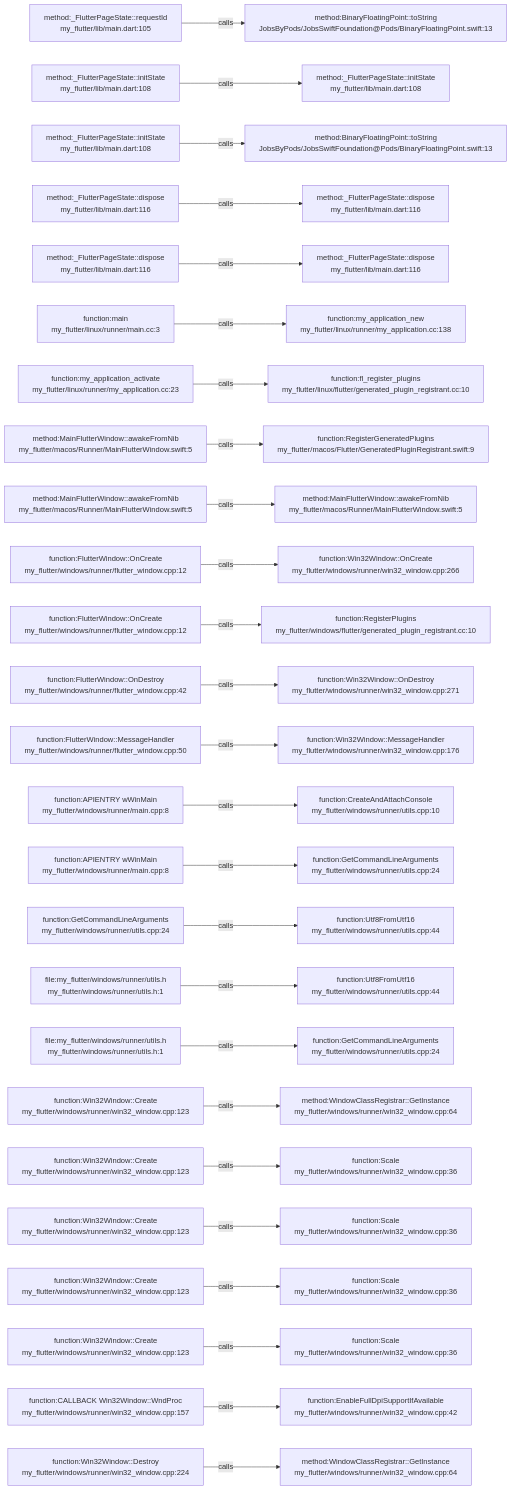
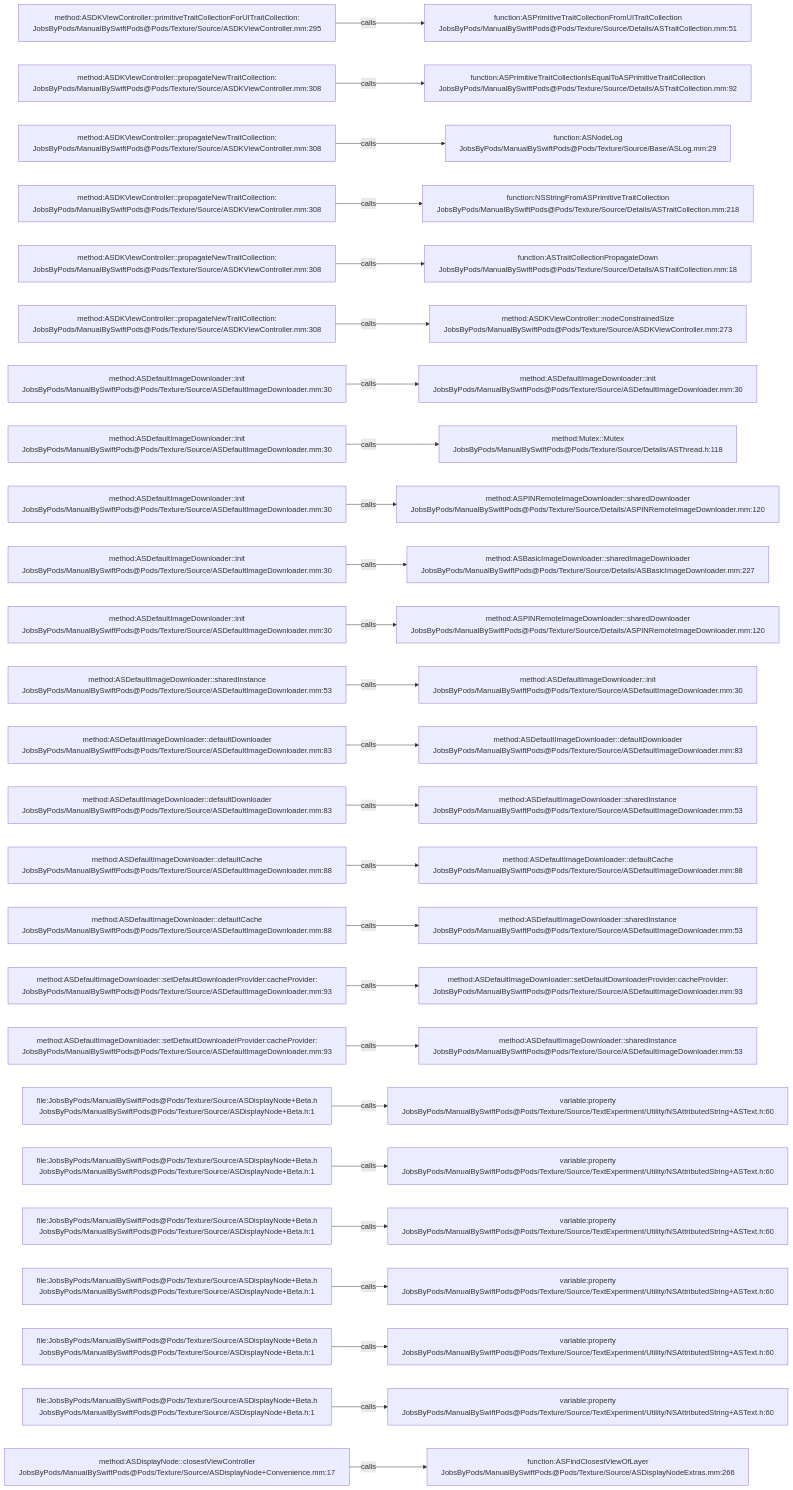
One commit to JobsKits/JobsSwiftBaseConfigDemo changed the diagram in .codegraph/codegraph.md/graphs/calls-020.md. Above: the diagram before and after it, drawn with Mermaid. The commit also changed 832 other files, not shown here.

````diff
--- a/.codegraph/codegraph.md/graphs/calls-020.md
+++ b/.codegraph/codegraph.md/graphs/calls-020.md
@@ -13,78 +13,78 @@
 ```mermaid
 flowchart LR
-  S1["method:_FlutterPageState::requestId<br/>my_flutter/lib/main.dart:105"]
-  T1["method:BinaryFloatingPoint::toString<br/>JobsByPods/JobsSwiftFoundation@Pods/BinaryFloatingPoint.swift:13"]
+  S1["method:ASDKViewController::primitiveTraitCollectionForUITraitCollection:<br/>JobsByPods/ManualBySwiftPods@Pods/Texture/Source/ASDKViewController.mm:295"]
+  T1["function:ASPrimitiveTraitCollectionFromUITraitCollection<br/>JobsByPods/ManualBySwiftPods@Pods/Texture/Source/Details/ASTraitCollection.mm:51"]
   S1 -->|calls| T1
-  S2["method:_FlutterPageState::initState<br/>my_flutter/lib/main.dart:108"]
-  T2["method:_FlutterPageState::initState<br/>my_flutter/lib/main.dart:108"]
+  S2["method:ASDKViewController::propagateNewTraitCollection:<br/>JobsByPods/ManualBySwiftPods@Pods/Texture/Source/ASDKViewController.mm:308"]
+  T2["function:ASPrimitiveTraitCollectionIsEqualToASPrimitiveTraitCollection<br/>JobsByPods/ManualBySwiftPods@Pods/Texture/Source/Details/ASTraitCollection.mm:92"]
   S2 -->|calls| T2
-  S3["method:_FlutterPageState::initState<br/>my_flutter/lib/main.dart:108"]
-  T3["method:BinaryFloatingPoint::toString<br/>JobsByPods/JobsSwiftFoundation@Pods/BinaryFloatingPoint.swift:13"]
+  S3["method:ASDKViewController::propagateNewTraitCollection:<br/>JobsByPods/ManualBySwiftPods@Pods/Texture/Source/ASDKViewController.mm:308"]
+  T3["function:ASNodeLog<br/>JobsByPods/ManualBySwiftPods@Pods/Texture/Source/Base/ASLog.mm:29"]
   S3 -->|calls| T3
-  S4["method:_FlutterPageState::dispose<br/>my_flutter/lib/main.dart:116"]
-  T4["method:_FlutterPageState::dispose<br/>my_flutter/lib/main.dart:116"]
+  S4["method:ASDKViewController::propagateNewTraitCollection:<br/>JobsByPods/ManualBySwiftPods@Pods/Texture/Source/ASDKViewController.mm:308"]
+  T4["function:NSStringFromASPrimitiveTraitCollection<br/>JobsByPods/ManualBySwiftPods@Pods/Texture/Source/Details/ASTraitCollection.mm:218"]
   S4 -->|calls| T4
-  S5["method:_FlutterPageState::dispose<br/>my_flutter/lib/main.dart:116"]
-  T5["method:_FlutterPageState::dispose<br/>my_flutter/lib/main.dart:116"]
+  S5["method:ASDKViewController::propagateNewTraitCollection:<br/>JobsByPods/ManualBySwiftPods@Pods/Texture/Source/ASDKViewController.mm:308"]
+  T5["function:ASTraitCollectionPropagateDown<br/>JobsByPods/ManualBySwiftPods@Pods/Texture/Source/Details/ASTraitCollection.mm:18"]
   S5 -->|calls| T5
-  S6["function:main<br/>my_flutter/linux/runner/main.cc:3"]
-  T6["function:my_application_new<br/>my_flutter/linux/runner/my_application.cc:138"]
+  S6["method:ASDKViewController::propagateNewTraitCollection:<br/>JobsByPods/ManualBySwiftPods@Pods/Texture/Source/ASDKViewController.mm:308"]
+  T6["method:ASDKViewController::nodeConstrainedSize<br/>JobsByPods/ManualBySwiftPods@Pods/Texture/Source/ASDKViewController.mm:273"]
   S6 -->|calls| T6
-  S7["function:my_application_activate<br/>my_flutter/linux/runner/my_application.cc:23"]
-  T7["function:fl_register_plugins<br/>my_flutter/linux/flutter/generated_plugin_registrant.cc:10"]
+  S7["method:ASDefaultImageDownloader::init<br/>JobsByPods/ManualBySwiftPods@Pods/Texture/Source/ASDefaultImageDownloader.mm:30"]
+  T7["method:ASDefaultImageDownloader::init<br/>JobsByPods/ManualBySwiftPods@Pods/Texture/Source/ASDefaultImageDownloader.mm:30"]
   S7 -->|calls| T7
-  S8["method:MainFlutterWindow::awakeFromNib<br/>my_flutter/macos/Runner/MainFlutterWindow.swift:5"]
-  T8["function:RegisterGeneratedPlugins<br/>my_flutter/macos/Flutter/GeneratedPluginRegistrant.swift:9"]
+  S8["method:ASDefaultImageDownloader::init<br/>JobsByPods/ManualBySwiftPods@Pods/Texture/Source/ASDefaultImageDownloader.mm:30"]
+  T8["method:Mutex::Mutex<br/>JobsByPods/ManualBySwiftPods@Pods/Texture/Source/Details/ASThread.h:118"]
   S8 -->|calls| T8
-  S9["method:MainFlutterWindow::awakeFromNib<br/>my_flutter/macos/Runner/MainFlutterWindow.swift:5"]
-  T9["method:MainFlutterWindow::awakeFromNib<br/>my_flutter/macos/Runner/MainFlutterWindow.swift:5"]
+  S9["method:ASDefaultImageDownloader::init<br/>JobsByPods/ManualBySwiftPods@Pods/Texture/Source/ASDefaultImageDownloader.mm:30"]
+  T9["method:ASPINRemoteImageDownloader::sharedDownloader<br/>JobsByPods/ManualBySwiftPods@Pods/Texture/Source/Details/ASPINRemoteImageDownloader.mm:120"]
   S9 -->|calls| T9
-  S10["function:FlutterWindow::OnCreate<br/>my_flutter/windows/runner/flutter_window.cpp:12"]
-  T10["function:Win32Window::OnCreate<br/>my_flutter/windows/runner/win32_window.cpp:266"]
+  S10["method:ASDefaultImageDownloader::init<br/>JobsByPods/ManualBySwiftPods@Pods/Texture/Source/ASDefaultImageDownloader.mm:30"]
+  T10["method:ASBasicImageDownloader::sharedImageDownloader<br/>JobsByPods/ManualBySwiftPods@Pods/Texture/Source/Details/ASBasicImageDownloader.mm:227"]
   S10 -->|calls| T10
-  S11["function:FlutterWindow::OnCreate<br/>my_flutter/windows/runner/flutter_window.cpp:12"]
-  T11["function:RegisterPlugins<br/>my_flutter/windows/flutter/generated_plugin_registrant.cc:10"]
+  S11["method:ASDefaultImageDownloader::init<br/>JobsByPods/ManualBySwiftPods@Pods/Texture/Source/ASDefaultImageDownloader.mm:30"]
+  T11["method:ASPINRemoteImageDownloader::sharedDownloader<br/>JobsByPods/ManualBySwiftPods@Pods/Texture/Source/Details/ASPINRemoteImageDownloader.mm:120"]
   S11 -->|calls| T11
-  S12["function:FlutterWindow::OnDestroy<br/>my_flutter/windows/runner/flutter_window.cpp:42"]
-  T12["function:Win32Window::OnDestroy<br/>my_flutter/windows/runner/win32_window.cpp:271"]
+  S12["method:ASDefaultImageDownloader::sharedInstance<br/>JobsByPods/ManualBySwiftPods@Pods/Texture/Source/ASDefaultImageDownloader.mm:53"]
+  T12["method:ASDefaultImageDownloader::init<br/>JobsByPods/ManualBySwiftPods@Pods/Texture/Source/ASDefaultImageDownloader.mm:30"]
   S12 -->|calls| T12
-  S13["function:FlutterWindow::MessageHandler<br/>my_flutter/windows/runner/flutter_window.cpp:50"]
-  T13["function:Win32Window::MessageHandler<br/>my_flutter/windows/runner/win32_window.cpp:176"]
+  S13["method:ASDefaultImageDownloader::defaultDownloader<br/>JobsByPods/ManualBySwiftPods@Pods/Texture/Source/ASDefaultImageDownloader.mm:83"]
+  T13["method:ASDefaultImageDownloader::defaultDownloader<br/>JobsByPods/ManualBySwiftPods@Pods/Texture/Source/ASDefaultImageDownloader.mm:83"]
   S13 -->|calls| T13
-  S14["function:APIENTRY wWinMain<br/>my_flutter/windows/runner/main.cpp:8"]
-  T14["function:CreateAndAttachConsole<br/>my_flutter/windows/runner/utils.cpp:10"]
+  S14["method:ASDefaultImageDownloader::defaultDownloader<br/>JobsByPods/ManualBySwiftPods@Pods/Texture/Source/ASDefaultImageDownloader.mm:83"]
+  T14["method:ASDefaultImageDownloader::sharedInstance<br/>JobsByPods/ManualBySwiftPods@Pods/Texture/Source/ASDefaultImageDownloader.mm:53"]
   S14 -->|calls| T14
-  S15["function:APIENTRY wWinMain<br/>my_flutter/windows/runner/main.cpp:8"]
-  T15["function:GetCommandLineArguments<br/>my_flutter/windows/runner/utils.cpp:24"]
+  S15["method:ASDefaultImageDownloader::defaultCache<br/>JobsByPods/ManualBySwiftPods@Pods/Texture/Source/ASDefaultImageDownloader.mm:88"]
+  T15["method:ASDefaultImageDownloader::defaultCache<br/>JobsByPods/ManualBySwiftPods@Pods/Texture/Source/ASDefaultImageDownloader.mm:88"]
   S15 -->|calls| T15
-  S16["function:GetCommandLineArguments<br/>my_flutter/windows/runner/utils.cpp:24"]
-  T16["function:Utf8FromUtf16<br/>my_flutter/windows/runner/utils.cpp:44"]
+  S16["method:ASDefaultImageDownloader::defaultCache<br/>JobsByPods/ManualBySwiftPods@Pods/Texture/Source/ASDefaultImageDownloader.mm:88"]
+  T16["method:ASDefaultImageDownloader::sharedInstance<br/>JobsByPods/ManualBySwiftPods@Pods/Texture/Source/ASDefaultImageDownloader.mm:53"]
   S16 -->|calls| T16
-  S17["file:my_flutter/windows/runner/utils.h<br/>my_flutter/windows/runner/utils.h:1"]
-  T17["function:Utf8FromUtf16<br/>my_flutter/windows/runner/utils.cpp:44"]
+  S17["method:ASDefaultImageDownloader::setDefaultDownloaderProvider:cacheProvider:<br/>JobsByPods/ManualBySwiftPods@Pods/Texture/Source/ASDefaultImageDownloader.mm:93"]
+  T17["method:ASDefaultImageDownloader::setDefaultDownloaderProvider:cacheProvider:<br/>JobsByPods/ManualBySwiftPods@Pods/Texture/Source/ASDefaultImageDownloader.mm:93"]
   S17 -->|calls| T17
-  S18["file:my_flutter/windows/runner/utils.h<br/>my_flutter/windows/runner/utils.h:1"]
-  T18["function:GetCommandLineArguments<br/>my_flutter/windows/runner/utils.cpp:24"]
+  S18["method:ASDefaultImageDownloader::setDefaultDownloaderProvider:cacheProvider:<br/>JobsByPods/ManualBySwiftPods@Pods/Texture/Source/ASDefaultImageDownloader.mm:93"]
+  T18["method:ASDefaultImageDownloader::sharedInstance<br/>JobsByPods/ManualBySwiftPods@Pods/Texture/Source/ASDefaultImageDownloader.mm:53"]
   S18 -->|calls| T18
-  S19["function:Win32Window::Create<br/>my_flutter/windows/runner/win32_window.cpp:123"]
-  T19["method:WindowClassRegistrar::GetInstance<br/>my_flutter/windows/runner/win32_window.cpp:64"]
+  S19["file:JobsByPods/ManualBySwiftPods@Pods/Texture/Source/ASDisplayNode+Beta.h<br/>JobsByPods/ManualBySwiftPods@Pods/Texture/Source/ASDisplayNode+Beta.h:1"]
+  T19["variable:property<br/>JobsByPods/ManualBySwiftPods@Pods/Texture/Source/TextExperiment/Utility/NSAttributedString+ASText.h:60"]
   S19 -->|calls| T19
-  S20["function:Win32Window::Create<br/>my_flutter/windows/runner/win32_window.cpp:123"]
-  T20["function:Scale<br/>my_flutter/windows/runner/win32_window.cpp:36"]
+  S20["file:JobsByPods/ManualBySwiftPods@Pods/Texture/Source/ASDisplayNode+Beta.h<br/>JobsByPods/ManualBySwiftPods@Pods/Texture/Source/ASDisplayNode+Beta.h:1"]
+  T20["variable:property<br/>JobsByPods/ManualBySwiftPods@Pods/Texture/Source/TextExperiment/Utility/NSAttributedString+ASText.h:60"]
   S20 -->|calls| T20
-  S21["function:Win32Window::Create<br/>my_flutter/windows/runner/win32_window.cpp:123"]
-  T21["function:Scale<br/>my_flutter/windows/runner/win32_window.cpp:36"]
+  S21["file:JobsByPods/ManualBySwiftPods@Pods/Texture/Source/ASDisplayNode+Beta.h<br/>JobsByPods/ManualBySwiftPods@Pods/Texture/Source/ASDisplayNode+Beta.h:1"]
+  T21["variable:property<br/>JobsByPods/ManualBySwiftPods@Pods/Texture/Source/TextExperiment/Utility/NSAttributedString+ASText.h:60"]
   S21 -->|calls| T21
-  S22["function:Win32Window::Create<br/>my_flutter/windows/runner/win32_window.cpp:123"]
-  T22["function:Scale<br/>my_flutter/windows/runner/win32_window.cpp:36"]
+  S22["file:JobsByPods/ManualBySwiftPods@Pods/Texture/Source/ASDisplayNode+Beta.h<br/>JobsByPods/ManualBySwiftPods@Pods/Texture/Source/ASDisplayNode+Beta.h:1"]
+  T22["variable:property<br/>JobsByPods/ManualBySwiftPods@Pods/Texture/Source/TextExperiment/Utility/NSAttributedString+ASText.h:60"]
   S22 -->|calls| T22
-  S23["function:Win32Window::Create<br/>my_flutter/windows/runner/win32_window.cpp:123"]
-  T23["function:Scale<br/>my_flutter/windows/runner/win32_window.cpp:36"]
+  S23["file:JobsByPods/ManualBySwiftPods@Pods/Texture/Source/ASDisplayNode+Beta.h<br/>JobsByPods/ManualBySwiftPods@Pods/Texture/Source/ASDisplayNode+Beta.h:1"]
+  T23["variable:property<br/>JobsByPods/ManualBySwiftPods@Pods/Texture/Source/TextExperiment/Utility/NSAttributedString+ASText.h:60"]
   S23 -->|calls| T23
-  S24["function:CALLBACK Win32Window::WndProc<br/>my_flutter/windows/runner/win32_window.cpp:157"]
-  T24["function:EnableFullDpiSupportIfAvailable<br/>my_flutter/windows/runner/win32_window.cpp:42"]
+  S24["file:JobsByPods/ManualBySwiftPods@Pods/Texture/Source/ASDisplayNode+Beta.h<br/>JobsByPods/ManualBySwiftPods@Pods/Texture/Source/ASDisplayNode+Beta.h:1"]
+  T24["variable:property<br/>JobsByPods/ManualBySwiftPods@Pods/Texture/Source/TextExperiment/Utility/NSAttributedString+ASText.h:60"]
   S24 -->|calls| T24
-  S25["function:Win32Window::Destroy<br/>my_flutter/windows/runner/win32_window.cpp:224"]
-  T25["method:WindowClassRegistrar::GetInstance<br/>my_flutter/windows/runner/win32_window.cpp:64"]
+  S25["method:ASDisplayNode::closestViewController<br/>JobsByPods/ManualBySwiftPods@Pods/Texture/Source/ASDisplayNode+Convenience.mm:17"]
+  T25["function:ASFindClosestViewOfLayer<br/>JobsByPods/ManualBySwiftPods@Pods/Texture/Source/ASDisplayNodeExtras.mm:266"]
   S25 -->|calls| T25
 ```
````
